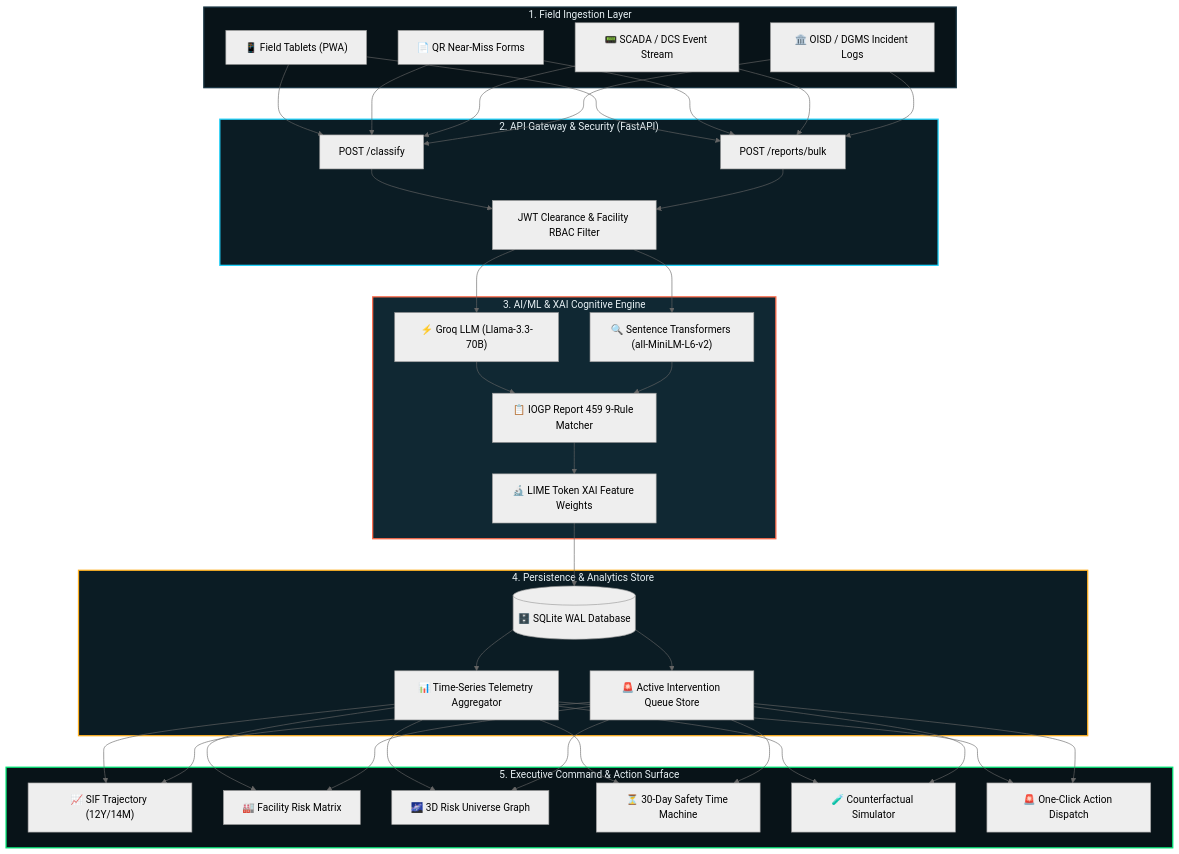
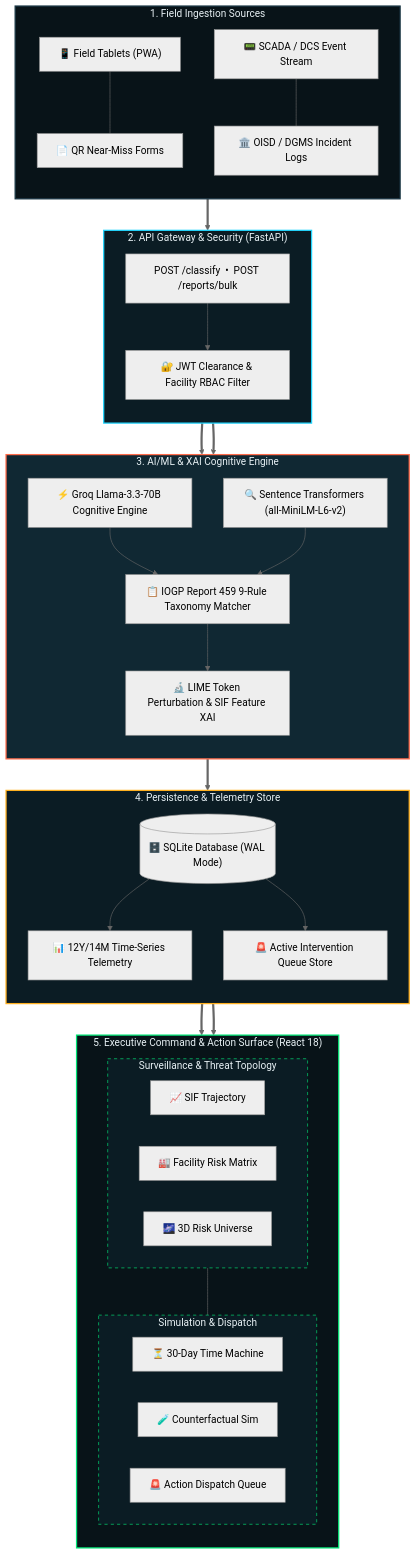
The first of 2 diagrams in README.md (dharani25007-code/SENTINEL-X), drawn with Mermaid (neutral theme) before and after one commit.

Commit message:
Optimize Mermaid diagram to compact 2-column grid to prevent overflow

````diff
--- a/README.md
+++ b/README.md
@@ -545,52 +545,60 @@
 ```mermaid
 flowchart TD
-    subgraph L1["1. Field Ingestion Layer"]
-        A1["📱 Field Tablets (PWA)"]
-        A2["📄 QR Near-Miss Forms"]
-        A3["📟 SCADA / DCS Event Stream"]
-        A4["🏛️ OISD / DGMS Incident Logs"]
+    subgraph L1["1. Field Ingestion Sources"]
+        direction TB
+        A1["📱 Field Tablets (PWA)"] --- A2["📄 QR Near-Miss Forms"]
+        A3["📟 SCADA / DCS Event Stream"] --- A4["🏛️ OISD / DGMS Incident Logs"]
     end
 
     subgraph L2["2. API Gateway & Security (FastAPI)"]
-        B1["POST /classify"]
-        B2["POST /reports/bulk"]
-        B3["JWT Clearance & Facility RBAC Filter"]
+        direction TB
+        B1["POST /classify  •  POST /reports/bulk"]
+        B2["🔐 JWT Clearance & Facility RBAC Filter"]
+        B1 --> B2
     end
 
     subgraph L3["3. AI/ML & XAI Cognitive Engine"]
-        C1["⚡ Groq LLM (Llama-3.3-70B)"]
+        direction TB
+        C1["⚡ Groq Llama-3.3-70B Cognitive Engine"]
         C2["🔍 Sentence Transformers (all-MiniLM-L6-v2)"]
-        C3["📋 IOGP Report 459 9-Rule Matcher"]
-        C4["🔬 LIME Token XAI Feature Weights"]
+        C3["📋 IOGP Report 459 9-Rule Taxonomy Matcher"]
+        C4["🔬 LIME Token Perturbation & SIF Feature XAI"]
+        C1 & C2 --> C3 --> C4
     end
 
-    subgraph L4["4. Persistence & Analytics Store"]
-        D1[("🗄️ SQLite WAL Database")]
-        D2["📊 Time-Series Telemetry Aggregator"]
+    subgraph L4["4. Persistence & Telemetry Store"]
+        direction TB
+        D1[("🗄️ SQLite Database (WAL Mode)")]
+        D2["📊 12Y/14M Time-Series Telemetry"]
         D3["🚨 Active Intervention Queue Store"]
+        D1 --> D2 & D3
     end
 
-    subgraph L5["5. Executive Command & Action Surface"]
-        E1["📈 SIF Trajectory (12Y/14M)"]
-        E2["🏭 Facility Risk Matrix"]
-        E3["🌌 3D Risk Universe Graph"]
-        E4["⏳ 30-Day Safety Time Machine"]
-        E5["🧪 Counterfactual Simulator"]
-        E6["🚨 One-Click Action Dispatch"]
+    subgraph L5["5. Executive Command & Action Surface (React 18)"]
+        direction TB
+        subgraph L5A["Surveillance & Threat Topology"]
+            E1["📈 SIF Trajectory"]
+            E2["🏭 Facility Risk Matrix"]
+            E3["🌌 3D Risk Universe"]
+        end
+        subgraph L5B["Simulation & Dispatch"]
+            E4["⏳ 30-Day Time Machine"]
+            E5["🧪 Counterfactual Sim"]
+            E6["🚨 Action Dispatch Queue"]
+        end
+        L5A --- L5B
     end
 
-    A1 & A2 & A3 & A4 --> B1 & B2
-    B1 & B2 --> B3
-    B3 --> C1 & C2
-    C1 & C2 --> C3
-    C3 --> C4
-    C4 --> D1
-    D1 --> D2 & D3
-    D2 & D3 --> E1 & E2 & E3 & E4 & E5 & E6
+    L1 ==> B1
+    B2 ==> C1 & C2
+    C4 ==> D1
+    D2 & D3 ==> L5A
 
     style L1 fill:#081318,stroke:#1A3644,stroke-width:2px,color:#E8F1F5
     style L2 fill:#0B1C24,stroke:#21D4FD,stroke-width:2px,color:#E8F1F5
     style L3 fill:#102833,stroke:#FF6B4A,stroke-width:2px,color:#E8F1F5
     style L4 fill:#0B1C24,stroke:#FFB020,stroke-width:2px,color:#E8F1F5
     style L5 fill:#081318,stroke:#00E676,stroke-width:2px,color:#E8F1F5
+    style L5A fill:#0B1C24,stroke:#00E676,stroke-dasharray: 5 5,color:#E8F1F5
+    style L5B fill:#0B1C24,stroke:#00E676,stroke-dasharray: 5 5,color:#E8F1F5
 ```
````
